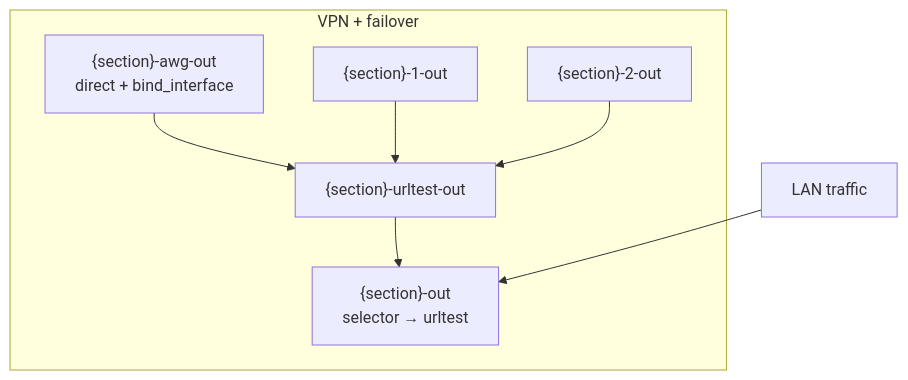
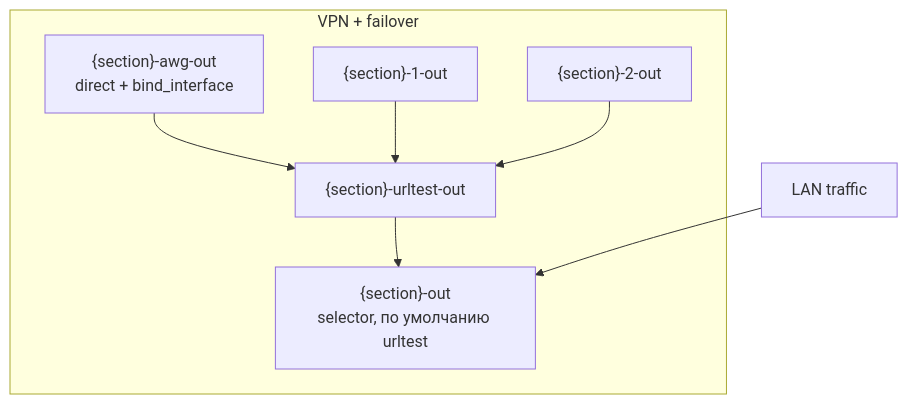
One commit to timofey-maykov/openwrt-hybrid-failover changed the first of 2 diagrams in docs/OVERVIEW.md. Above: the diagram before and after it, drawn with Mermaid. The commit also changed other lines of this file and 21 other files, not shown here.

````diff
--- a/docs/OVERVIEW.md
+++ b/docs/OVERVIEW.md
@@ -30,15 +38,15 @@
 ```mermaid
 flowchart TB
   subgraph vpn_failover [VPN + failover]
     AWG["{section}-awg-out<br/>direct + bind_interface"]
     P1["{section}-1-out"]
     P2["{section}-2-out"]
     UT["{section}-urltest-out"]
-    SEL["{section}-out<br/>selector → urltest"]
+    SEL["{section}-out<br/>selector, по умолчанию urltest"]
     AWG --> UT
     P1 --> UT
     P2 --> UT
     UT --> SEL
   end
   Client[LAN traffic] --> SEL
 ```
````
